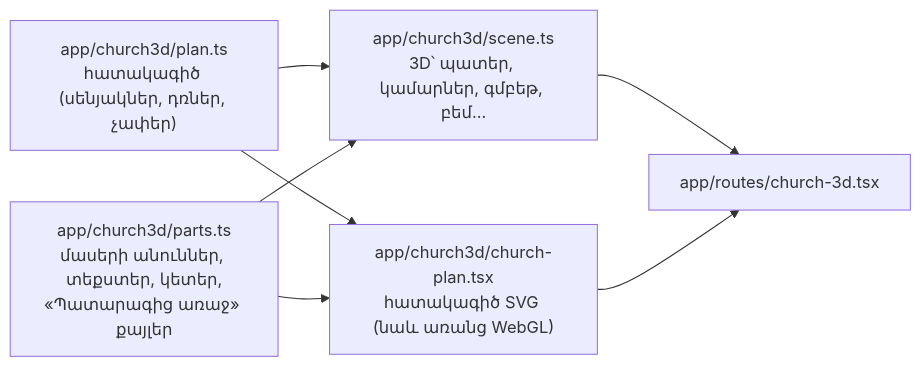
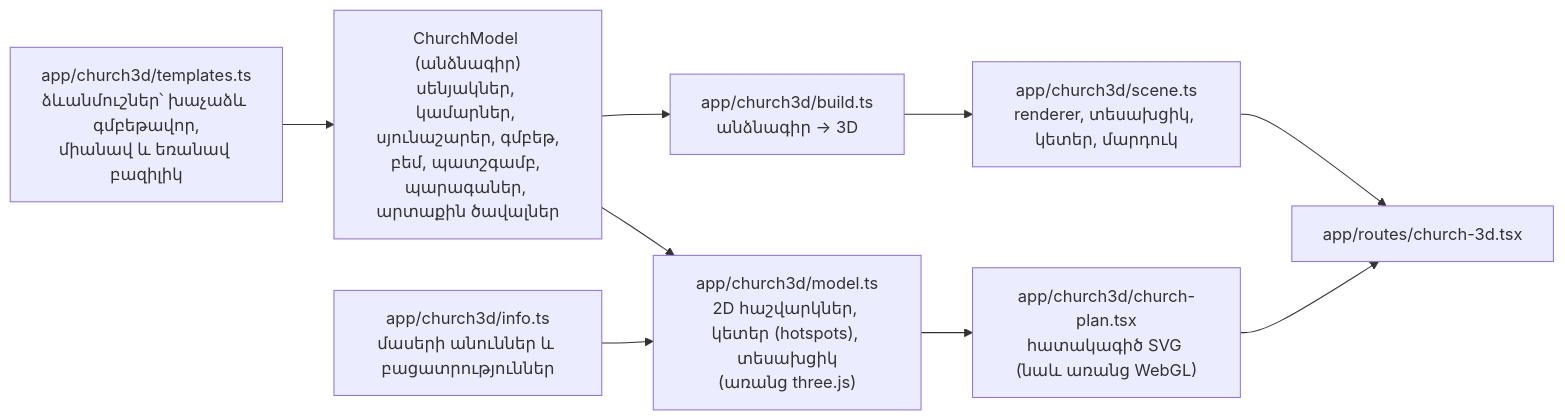
Before and after one commit to T0n0yan/armenian-apostolic-digital-library: diagram 13 of 27 in docs/ARCHITECTURE.md, drawn with Mermaid. The commit also changed other lines of this file and 12 other files, not shown here.

First line of the commit message:
3D եկեղեցի՝ գեներատոր անձնագրից, 3 տիպ, պատշգամբ, մարդուկ

````diff
--- a/docs/ARCHITECTURE.md
+++ b/docs/ARCHITECTURE.md
@@ -533,9 +533,11 @@
 ```mermaid
 flowchart LR
-  PLAN["app/church3d/plan.ts<br/>հատակագիծ (սենյակներ, դռներ, չափեր)"] --> SCENE["app/church3d/scene.ts<br/>3D՝ պատեր, կամարներ, գմբեթ, բեմ…"]
-  PLAN --> SVG["app/church3d/church-plan.tsx<br/>հատակագիծ SVG (նաև առանց WebGL)"]
-  PARTS["app/church3d/parts.ts<br/>մասերի անուններ, տեքստեր, կետեր,<br/>«Պատարագից առաջ» քայլեր"] --> SCENE
-  PARTS --> SVG
+  T["app/church3d/templates.ts<br/>ձևանմուշներ՝ խաչաձև գմբեթավոր,<br/>միանավ և եռանավ բազիլիկ"] --> M["ChurchModel (անձնագիր)<br/>սենյակներ, կամարներ, սյունաշարեր, գմբեթ,<br/>բեմ, պատշգամբ, պարագաներ, արտաքին ծավալներ"]
+  M --> MODEL["app/church3d/model.ts<br/>2D հաշվարկներ, կետեր (hotspots), տեսախցիկ<br/>(առանց three.js)"]
+  INFO["app/church3d/info.ts<br/>մասերի անուններ և բացատրություններ"] --> MODEL
+  M --> BUILD["app/church3d/build.ts<br/>անձնագիր → 3D"]
+  BUILD --> SCENE["app/church3d/scene.ts<br/>renderer, տեսախցիկ, կետեր, մարդուկ"]
+  MODEL --> SVG["app/church3d/church-plan.tsx<br/>հատակագիծ SVG (նաև առանց WebGL)"]
   SCENE --> PAGE["app/routes/church-3d.tsx"]
   SVG --> PAGE
 ```
````
